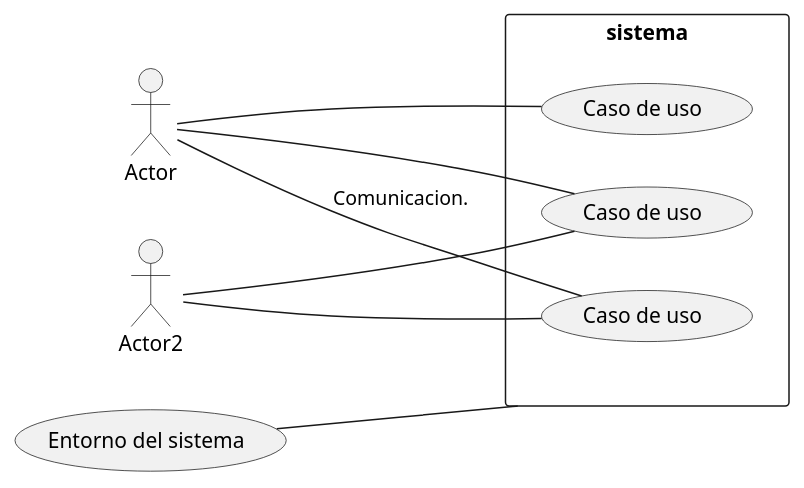
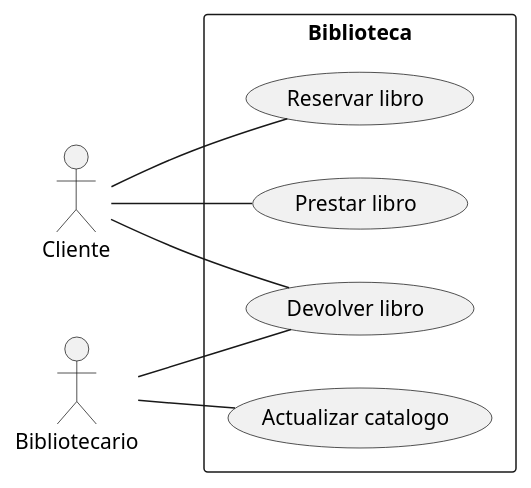
The diagram in src/main/java/org/example/ClasesDeUso.puml (DanielMiralles12/ClasesDeUsoII), drawn with PlantUML before and after one commit. The commit also changed 1 other file, not shown here.

Commit message:
Ejemplo real clases de uso

```diff
--- a/src/main/java/org/example/ClasesDeUso.puml
+++ b/src/main/java/org/example/ClasesDeUso.puml
@@ -1,21 +1,20 @@
 @startuml
 
 left to right direction
+:Cliente:
+:Bibliotecario:
+rectangle Biblioteca{
 
-rectangle sistema{
+usecase "Reservar libro" as CU1
+usecase "Prestar libro" as CU2
+usecase "Devolver libro" as CU3
+usecase "Actualizar catalogo" as CU4
+}
+:Bibliotecario: -- CU3
+:Bibliotecario: -- CU4
 
-usecase "Caso de uso" as CU1
-usecase "Caso de uso" as CU2
-usecase "Caso de uso" as CU3
-}
-
-Actor -- CU1
-Actor -- CU2
-Actor -- CU3 : Comunicacion.
-Actor2 -- CU1
-Actor2 -- CU3
-
-usecase "Entorno del sistema" as ES
-ES -- sistema
+:Cliente: -- CU1
+:Cliente: -- CU2
+:Cliente: -- CU3
 
 @enduml
```
